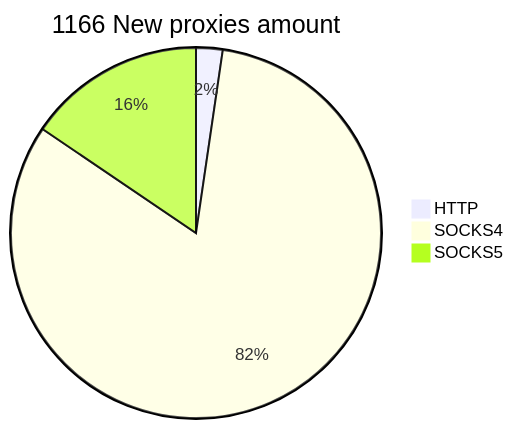
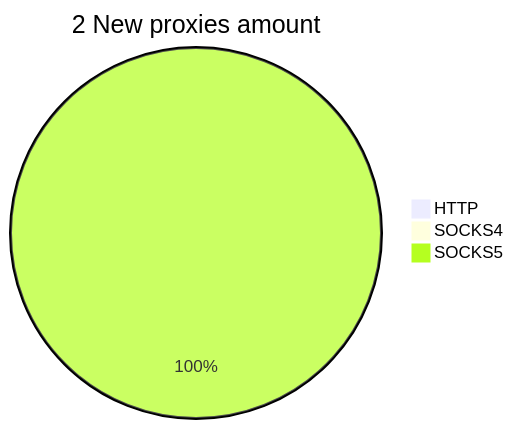
Before and after one commit to cutipu/proxylist: the second of 2 diagrams in README.md, drawn with Mermaid. The commit also changed other lines of this file, not shown here.

````diff
--- a/README.md
+++ b/README.md
@@ -10,6 +10,6 @@
 ```mermaid
-pie title 1166 New proxies amount
-    "HTTP" : 27
-    "SOCKS4" : 958
-    "SOCKS5" : 181
+pie title 2 New proxies amount
+    "HTTP" : 0
+    "SOCKS4" : 0
+    "SOCKS5" : 3
 ```
````
